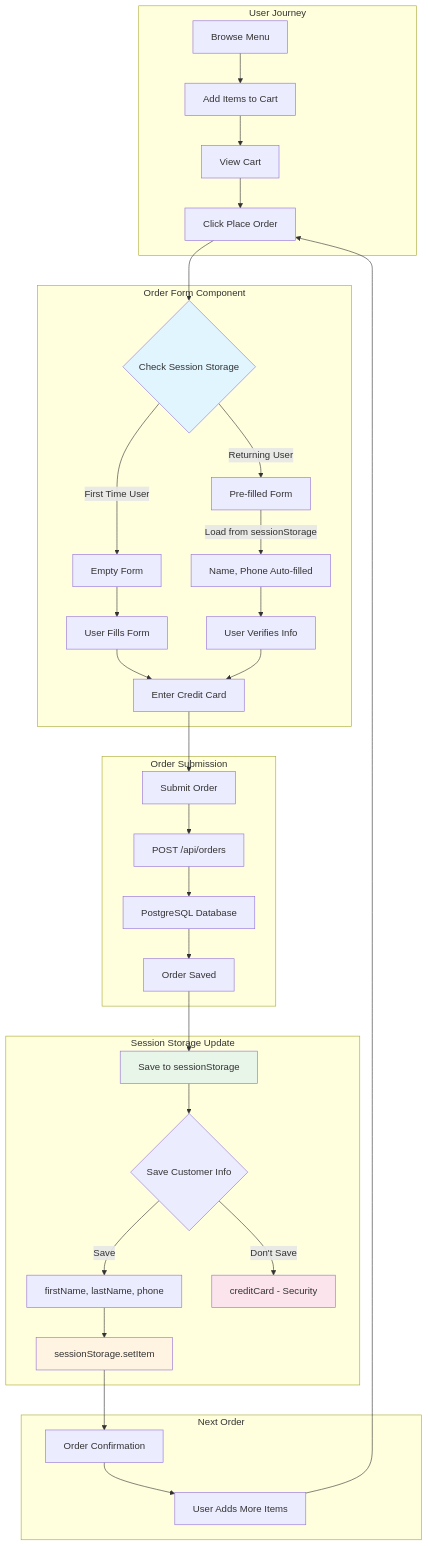
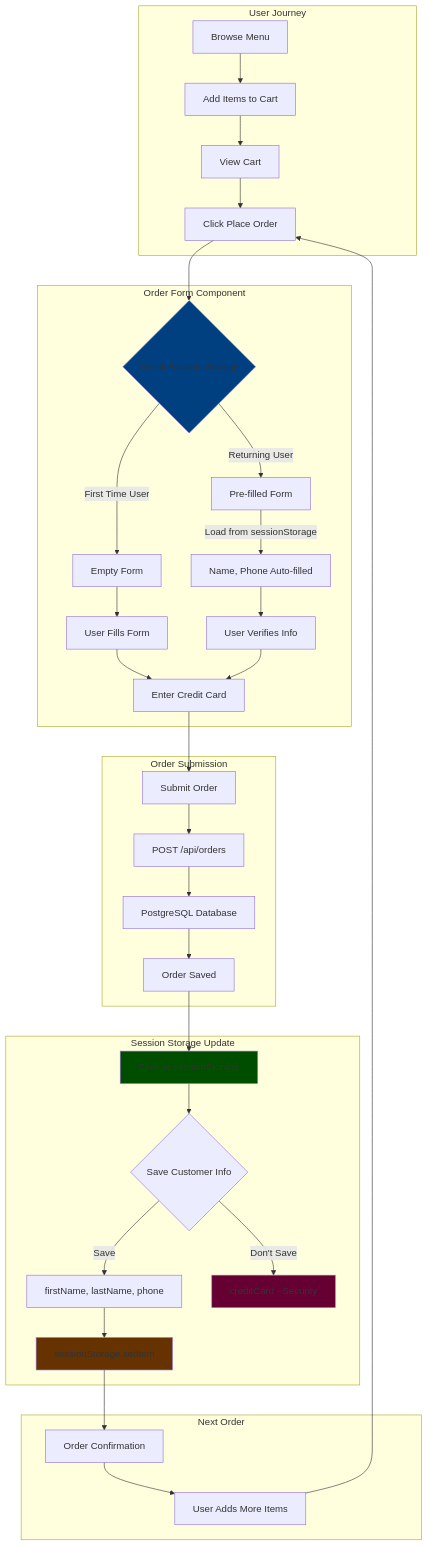
Before and after one commit to sbecker11/sushi-rag-app: the first of 2 diagrams in README.md, drawn with Mermaid. The commit also changed other lines of this file, not shown here.

Commit message:
README link fixes

````diff
--- a/README.md
+++ b/README.md
@@ -103,46 +103,46 @@
 ```mermaid
 graph TB
     subgraph "User Journey"
         A[Browse Menu] --> B[Add Items to Cart]
         B --> C[View Cart]
         C --> D[Click Place Order]
     end
     
     subgraph "Order Form Component"
         D --> E{Check Session Storage}
         E -->|First Time User| F[Empty Form]
         E -->|Returning User| G[Pre-filled Form]
         G -->|Load from sessionStorage| H[Name, Phone Auto-filled]
         
         F --> I[User Fills Form]
         H --> J[User Verifies Info]
         I --> K[Enter Credit Card]
         J --> K
     end
     
     subgraph "Order Submission"
         K --> L[Submit Order]
         L --> M[POST /api/orders]
         M --> N[PostgreSQL Database]
         N --> O[Order Saved]
     end
     
     subgraph "Session Storage Update"
         O --> P[Save to sessionStorage]
         P --> Q{Save Customer Info}
         Q -->|Save| R[firstName, lastName, phone]
         Q -->|Don't Save| S[creditCard - Security]
         R --> T[sessionStorage.setItem]
     end
     
     subgraph "Next Order"
         T --> U[Order Confirmation]
         U --> V[User Adds More Items]
         V --> D
     end
     
-    style E fill:#e1f5ff
-    style P fill:#e8f5e9
-    style S fill:#fce4ec
-    style T fill:#fff4e1
+    style E fill:#004080
+    style P fill:#004d00
+    style S fill:#660033
+    style T fill:#663300
 ```
````
